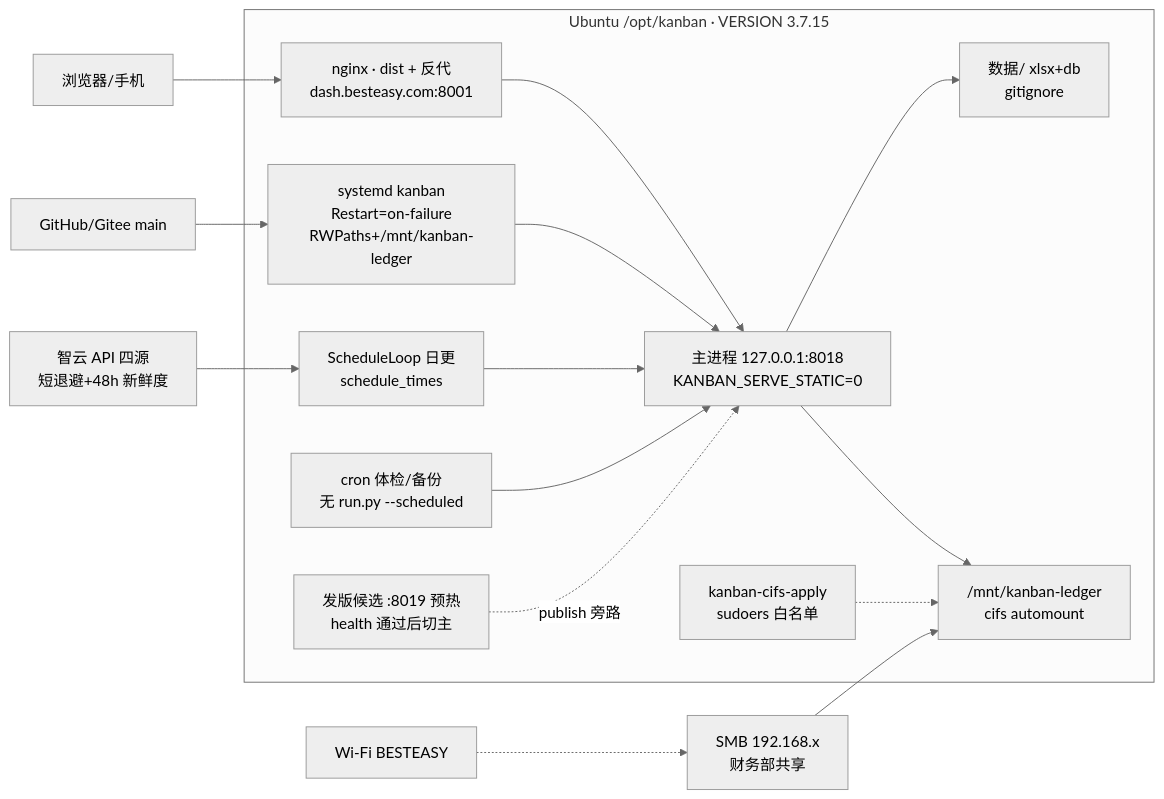
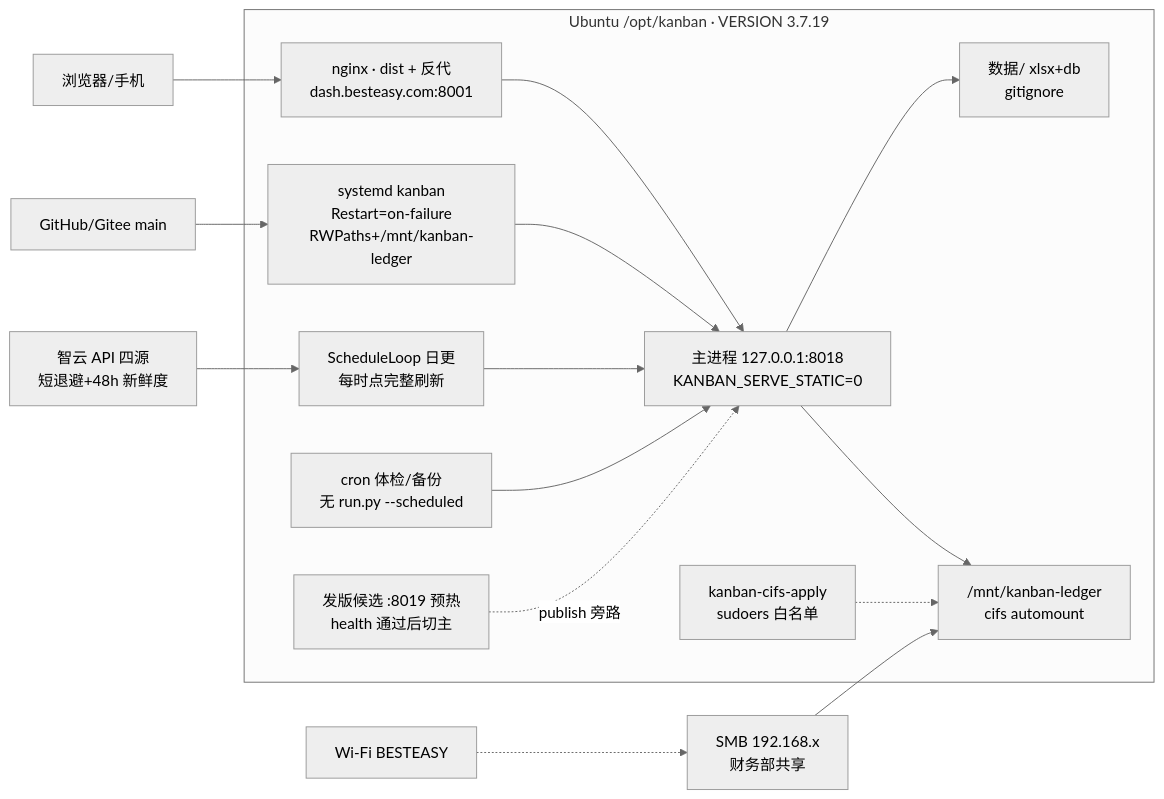
One commit to EvanLee2004/BI changed the diagram in docs/设计图/04_部署与运行拓扑图.mmd. Above: the diagram before and after it, drawn with Mermaid (neutral theme). The commit also changed 24 other files, not shown here.

First line of the commit message:
docs: perfect README + 3.7.19 architecture/auth diagrams

```diff
--- a/docs/设计图/04_部署与运行拓扑图.mmd
+++ b/docs/设计图/04_部署与运行拓扑图.mmd
@@ -1,26 +1,26 @@
-%% 部署拓扑 · VERSION 3.7.15 · 2026-08-05
+%% 部署拓扑 · VERSION 3.7.19 · 2026-08-08
 flowchart LR
-  subgraph Desktop["Ubuntu /opt/kanban · VERSION 3.7.15"]
+  subgraph Desktop["Ubuntu /opt/kanban · VERSION 3.7.19"]
     NGX["nginx · dist + 反代<br/>dash.besteasy.com:8001"]
     SYS["systemd kanban<br/>Restart=on-failure<br/>RWPaths+/mnt/kanban-ledger"]
-    LOOP["ScheduleLoop 日更<br/>schedule_times"]
+    LOOP["ScheduleLoop 日更<br/>每时点完整刷新"]
     CRON["cron 体检/备份<br/>无 run.py --scheduled"]
     PY["主进程 127.0.0.1:8018<br/>KANBAN_SERVE_STATIC=0"]
     CAND["发版候选 :8019 预热<br/>health 通过后切主"]
     DATA["数据/ xlsx+db<br/>gitignore"]
     MNT["/mnt/kanban-ledger<br/>cifs automount"]
     APPY["kanban-cifs-apply<br/>sudoers 白名单"]
     NGX --> PY
     SYS --> PY
     LOOP --> PY
     CRON --> PY
     CAND -.->|publish 旁路| PY
     PY --> DATA
     PY --> MNT
     APPY -.-> MNT
   end
   ZY["智云 API 四源<br/>短退避+48h 新鲜度"] --> LOOP
   SMB["SMB 192.168.x<br/>财务部共享"] --> MNT
   GIT["GitHub/Gitee main"] --> SYS
   BROWSER["浏览器/手机"] --> NGX
   WIFI["Wi-Fi BESTEASY"] -.-> SMB
```
